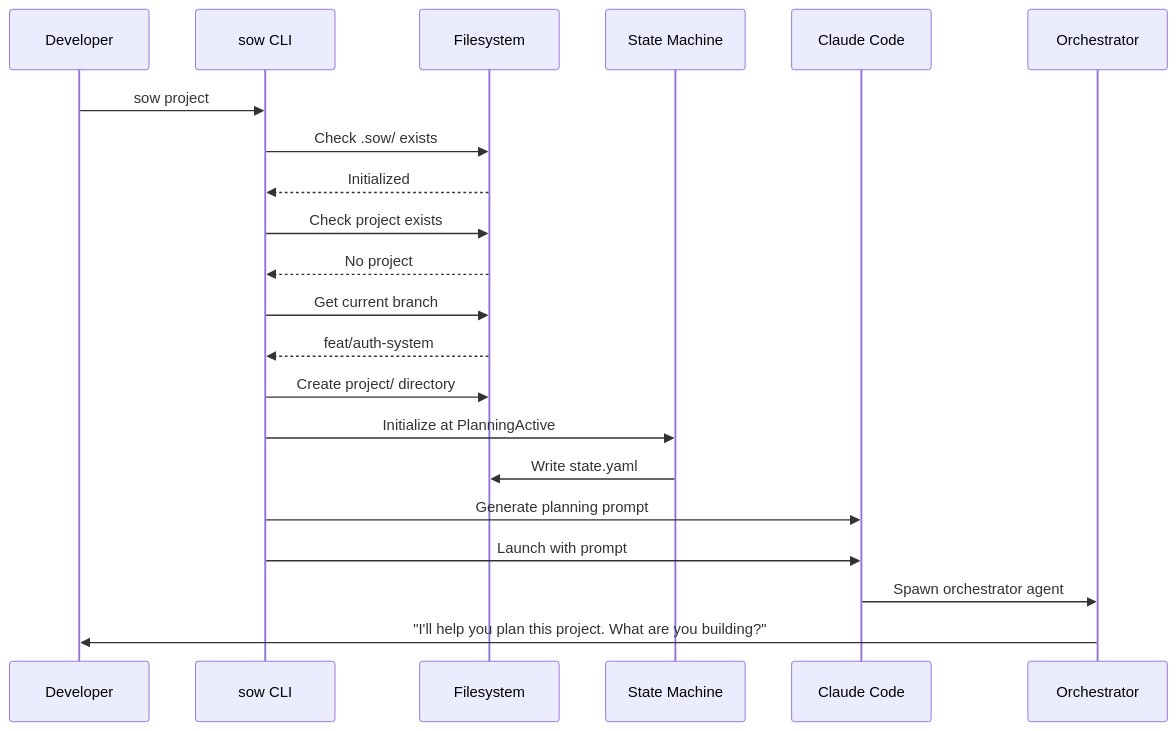
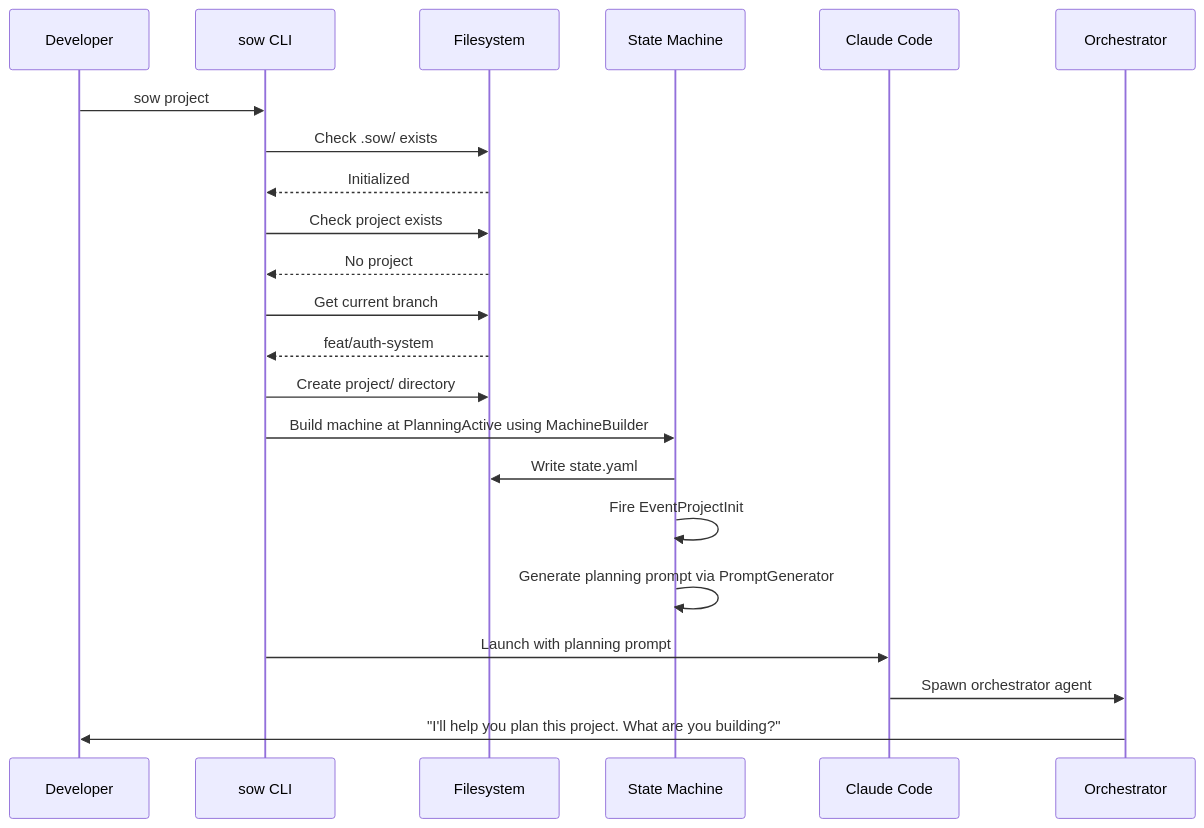
Before and after one commit to jmgilman/sow: the first of 6 diagrams in docs/architecture/06-runtime-view.md, drawn with Mermaid. The commit also changed other lines of this file and 62 other files, not shown here.

````diff
--- a/docs/architecture/06-runtime-view.md
+++ b/docs/architecture/06-runtime-view.md
@@ -7,24 +7,25 @@
 ```mermaid
 sequenceDiagram
     participant Dev as Developer
     participant CLI as sow CLI
     participant FS as Filesystem
     participant SM as State Machine
     participant Claude as Claude Code
     participant Orch as Orchestrator
 
     Dev->>CLI: sow project
     CLI->>FS: Check .sow/ exists
     FS-->>CLI: Initialized
     CLI->>FS: Check project exists
     FS-->>CLI: No project
     CLI->>FS: Get current branch
     FS-->>CLI: feat/auth-system
     CLI->>FS: Create project/ directory
-    CLI->>SM: Initialize at PlanningActive
+    CLI->>SM: Build machine at PlanningActive using MachineBuilder
     SM->>FS: Write state.yaml
-    CLI->>Claude: Generate planning prompt
-    CLI->>Claude: Launch with prompt
+    SM->>SM: Fire EventProjectInit
+    SM->>SM: Generate planning prompt via PromptGenerator
+    CLI->>Claude: Launch with planning prompt
     Claude->>Orch: Spawn orchestrator agent
     Orch->>Dev: "I'll help you plan this project. What are you building?"
 ```
````
